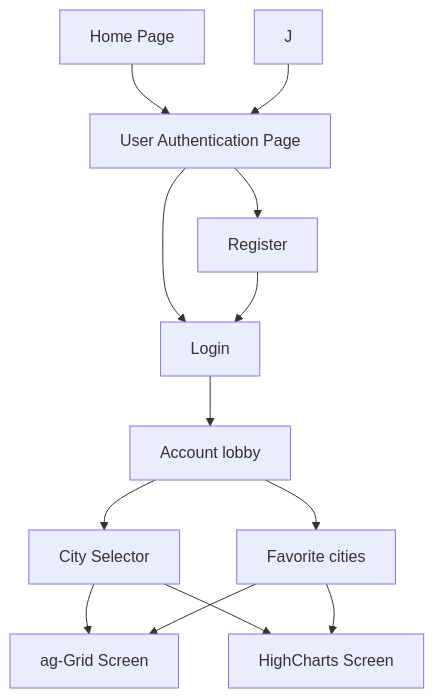
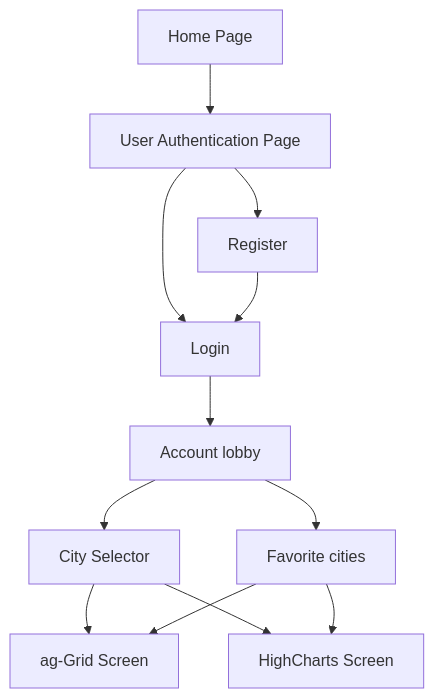
The diagram in README.md (MarcMonin/Node-Angular-Project), drawn with Mermaid before and after one commit.

````diff
--- a/README.md
+++ b/README.md
@@ -37,15 +37,14 @@
 ```mermaid
 graph TD
     A[Home Page] --> C[User Authentication Page]
     H --> B[Account lobby]
-    J --> C
     O --> F[ag-Grid Screen]
     M --> F
     O --> G[HighCharts Screen]
     M --> G
     C --> H[Login]
     C --> I[Register]
     I --> H
     B --> O[City Selector]
     B --> M[Favorite cities]
 ```
````
